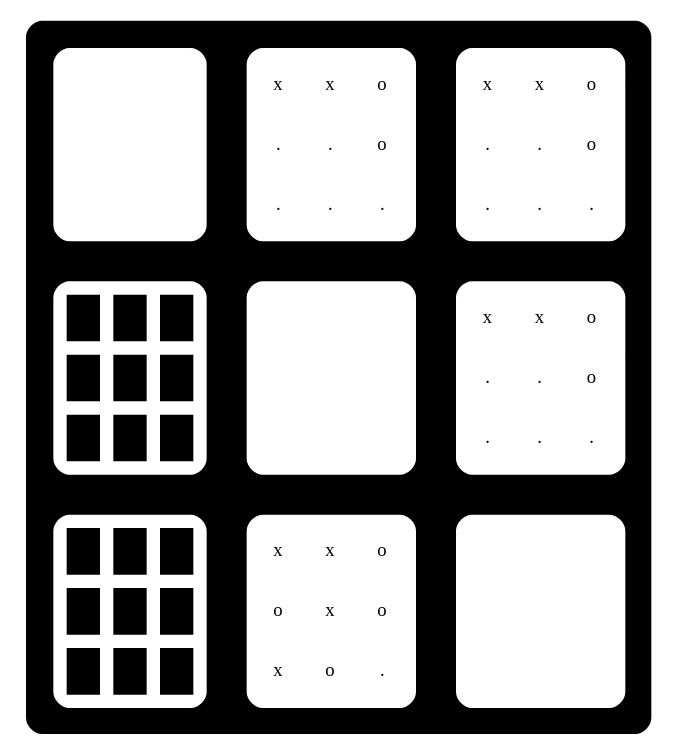
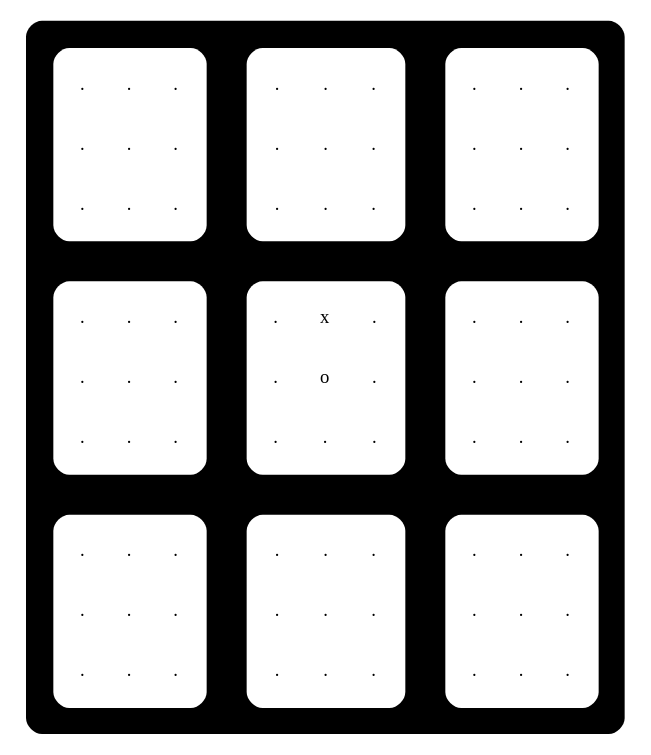
One commit to Ayzzee/filrougesuite changed the diagram in filrougeAAP-main/super_morpion/morpionUlt.dot. Above: the diagram before and after it, drawn with Graphviz. The commit also changed 3 other files, not shown here.

```diff
--- a/filrougeAAP-main/super_morpion/morpionUlt.dot
+++ b/filrougeAAP-main/super_morpion/morpionUlt.dot
@@ -1,182 +1,182 @@
 digraph {
   a0 [shape=none label=<<TABLE border="0" cellspacing="10" cellpadding="10" style="rounded" bgcolor="black">
     <TR>
 <TD bgcolor="black">
 <TABLE border="0" cellspacing="10" cellpadding="10" style="rounded" bgcolor="white">
   <TR>
-    <TD bgcolor="white">&nbsp;</TD>
-    <TD bgcolor="white">&nbsp;</TD>
-    <TD bgcolor="white">&nbsp;</TD>
-  </TR>
-  <TR>
-    <TD bgcolor="white">&nbsp;</TD>
-    <TD bgcolor="white">&nbsp;</TD>
-    <TD bgcolor="white">&nbsp;</TD>
-  </TR>
-  <TR>
-    <TD bgcolor="white">&nbsp;</TD>
-    <TD bgcolor="white">&nbsp;</TD>
-    <TD bgcolor="white">&nbsp;</TD>
-  </TR>
-</TABLE>
-</TD>
-<TD bgcolor="black">
-<TABLE border="0" cellspacing="10" cellpadding="10" style="rounded" bgcolor="white">
-  <TR>
-    <TD bgcolor="white">x</TD>
-    <TD bgcolor="white">x</TD>
-    <TD bgcolor="white">o</TD>
+    <TD bgcolor="white">.</TD>
+    <TD bgcolor="white">.</TD>
+    <TD bgcolor="white">.</TD>
   </TR>
   <TR>
     <TD bgcolor="white">.</TD>
     <TD bgcolor="white">.</TD>
-    <TD bgcolor="white">o</TD>
+    <TD bgcolor="white">.</TD>
   </TR>
   <TR>
     <TD bgcolor="white">.</TD>
     <TD bgcolor="white">.</TD>
     <TD bgcolor="white">.</TD>
   </TR>
 </TABLE>
 </TD>
 <TD bgcolor="black">
 <TABLE border="0" cellspacing="10" cellpadding="10" style="rounded" bgcolor="white">
   <TR>
-    <TD bgcolor="white">x</TD>
-    <TD bgcolor="white">x</TD>
-    <TD bgcolor="white">o</TD>
+    <TD bgcolor="white">.</TD>
+    <TD bgcolor="white">.</TD>
+    <TD bgcolor="white">.</TD>
   </TR>
   <TR>
     <TD bgcolor="white">.</TD>
     <TD bgcolor="white">.</TD>
-    <TD bgcolor="white">o</TD>
+    <TD bgcolor="white">.</TD>
+  </TR>
+  <TR>
+    <TD bgcolor="white">.</TD>
+    <TD bgcolor="white">.</TD>
+    <TD bgcolor="white">.</TD>
+  </TR>
+</TABLE>
+</TD>
+<TD bgcolor="black">
+<TABLE border="0" cellspacing="10" cellpadding="10" style="rounded" bgcolor="white">
+  <TR>
+    <TD bgcolor="white">.</TD>
+    <TD bgcolor="white">.</TD>
+    <TD bgcolor="white">.</TD>
+  </TR>
+  <TR>
+    <TD bgcolor="white">.</TD>
+    <TD bgcolor="white">.</TD>
+    <TD bgcolor="white">.</TD>
   </TR>
   <TR>
     <TD bgcolor="white">.</TD>
     <TD bgcolor="white">.</TD>
     <TD bgcolor="white">.</TD>
   </TR>
 </TABLE>
 </TD>
  </TR>
  <TR>
 <TD bgcolor="black">
 <TABLE border="0" cellspacing="10" cellpadding="10" style="rounded" bgcolor="white">
   <TR>
-    <TD bgcolor="black">&nbsp;</TD>
-    <TD bgcolor="black">&nbsp;</TD>
-    <TD bgcolor="black">&nbsp;</TD>
+    <TD bgcolor="white">.</TD>
+    <TD bgcolor="white">.</TD>
+    <TD bgcolor="white">.</TD>
   </TR>
   <TR>
-    <TD bgcolor="black">&nbsp;</TD>
-    <TD bgcolor="black">&nbsp;</TD>
-    <TD bgcolor="black">&nbsp;</TD>
+    <TD bgcolor="white">.</TD>
+    <TD bgcolor="white">.</TD>
+    <TD bgcolor="white">.</TD>
   </TR>
   <TR>
-    <TD bgcolor="black">&nbsp;</TD>
-    <TD bgcolor="black">&nbsp;</TD>
-    <TD bgcolor="black">&nbsp;</TD>
+    <TD bgcolor="white">.</TD>
+    <TD bgcolor="white">.</TD>
+    <TD bgcolor="white">.</TD>
   </TR>
 </TABLE>
 </TD>
 <TD bgcolor="black">
 <TABLE border="0" cellspacing="10" cellpadding="10" style="rounded" bgcolor="white">
   <TR>
-    <TD bgcolor="white">&nbsp;</TD>
-    <TD bgcolor="white">&nbsp;</TD>
-    <TD bgcolor="white">&nbsp;</TD>
+    <TD bgcolor="white">.</TD>
+    <TD bgcolor="white">x</TD>
+    <TD bgcolor="white">.</TD>
   </TR>
   <TR>
-    <TD bgcolor="white">&nbsp;</TD>
-    <TD bgcolor="white">&nbsp;</TD>
-    <TD bgcolor="white">&nbsp;</TD>
+    <TD bgcolor="white">.</TD>
+    <TD bgcolor="white">o</TD>
+    <TD bgcolor="white">.</TD>
   </TR>
   <TR>
-    <TD bgcolor="white">&nbsp;</TD>
-    <TD bgcolor="white">&nbsp;</TD>
-    <TD bgcolor="white">&nbsp;</TD>
+    <TD bgcolor="white">.</TD>
+    <TD bgcolor="white">.</TD>
+    <TD bgcolor="white">.</TD>
   </TR>
 </TABLE>
 </TD>
 <TD bgcolor="black">
 <TABLE border="0" cellspacing="10" cellpadding="10" style="rounded" bgcolor="white">
   <TR>
-    <TD bgcolor="white">x</TD>
-    <TD bgcolor="white">x</TD>
-    <TD bgcolor="white">o</TD>
+    <TD bgcolor="white">.</TD>
+    <TD bgcolor="white">.</TD>
+    <TD bgcolor="white">.</TD>
   </TR>
   <TR>
     <TD bgcolor="white">.</TD>
     <TD bgcolor="white">.</TD>
-    <TD bgcolor="white">o</TD>
+    <TD bgcolor="white">.</TD>
   </TR>
   <TR>
     <TD bgcolor="white">.</TD>
     <TD bgcolor="white">.</TD>
     <TD bgcolor="white">.</TD>
   </TR>
 </TABLE>
 </TD>
  </TR>
  <TR>
 <TD bgcolor="black">
 <TABLE border="0" cellspacing="10" cellpadding="10" style="rounded" bgcolor="white">
   <TR>
-    <TD bgcolor="black">&nbsp;</TD>
-    <TD bgcolor="black">&nbsp;</TD>
-    <TD bgcolor="black">&nbsp;</TD>
+    <TD bgcolor="white">.</TD>
+    <TD bgcolor="white">.</TD>
+    <TD bgcolor="white">.</TD>
   </TR>
   <TR>
-    <TD bgcolor="black">&nbsp;</TD>
-    <TD bgcolor="black">&nbsp;</TD>
-    <TD bgcolor="black">&nbsp;</TD>
+    <TD bgcolor="white">.</TD>
+    <TD bgcolor="white">.</TD>
+    <TD bgcolor="white">.</TD>
   </TR>
   <TR>
-    <TD bgcolor="black">&nbsp;</TD>
-    <TD bgcolor="black">&nbsp;</TD>
-    <TD bgcolor="black">&nbsp;</TD>
-  </TR>
-</TABLE>
-</TD>
-<TD bgcolor="black">
-<TABLE border="0" cellspacing="10" cellpadding="10" style="rounded" bgcolor="white">
-  <TR>
-    <TD bgcolor="white">x</TD>
-    <TD bgcolor="white">x</TD>
-    <TD bgcolor="white">o</TD>
-  </TR>
-  <TR>
-    <TD bgcolor="white">o</TD>
-    <TD bgcolor="white">x</TD>
-    <TD bgcolor="white">o</TD>
-  </TR>
-  <TR>
-    <TD bgcolor="white">x</TD>
-    <TD bgcolor="white">o</TD>
+    <TD bgcolor="white">.</TD>
+    <TD bgcolor="white">.</TD>
     <TD bgcolor="white">.</TD>
   </TR>
 </TABLE>
 </TD>
 <TD bgcolor="black">
 <TABLE border="0" cellspacing="10" cellpadding="10" style="rounded" bgcolor="white">
   <TR>
-    <TD bgcolor="white">&nbsp;</TD>
-    <TD bgcolor="white">&nbsp;</TD>
-    <TD bgcolor="white">&nbsp;</TD>
+    <TD bgcolor="white">.</TD>
+    <TD bgcolor="white">.</TD>
+    <TD bgcolor="white">.</TD>
   </TR>
   <TR>
-    <TD bgcolor="white">&nbsp;</TD>
-    <TD bgcolor="white">&nbsp;</TD>
-    <TD bgcolor="white">&nbsp;</TD>
+    <TD bgcolor="white">.</TD>
+    <TD bgcolor="white">.</TD>
+    <TD bgcolor="white">.</TD>
   </TR>
   <TR>
-    <TD bgcolor="white">&nbsp;</TD>
-    <TD bgcolor="white">&nbsp;</TD>
-    <TD bgcolor="white">&nbsp;</TD>
+    <TD bgcolor="white">.</TD>
+    <TD bgcolor="white">.</TD>
+    <TD bgcolor="white">.</TD>
+  </TR>
+</TABLE>
+</TD>
+<TD bgcolor="black">
+<TABLE border="0" cellspacing="10" cellpadding="10" style="rounded" bgcolor="white">
+  <TR>
+    <TD bgcolor="white">.</TD>
+    <TD bgcolor="white">.</TD>
+    <TD bgcolor="white">.</TD>
+  </TR>
+  <TR>
+    <TD bgcolor="white">.</TD>
+    <TD bgcolor="white">.</TD>
+    <TD bgcolor="white">.</TD>
+  </TR>
+  <TR>
+    <TD bgcolor="white">.</TD>
+    <TD bgcolor="white">.</TD>
+    <TD bgcolor="white">.</TD>
   </TR>
 </TABLE>
 </TD>
  </TR>
  </TABLE>
 >];
 }
```
